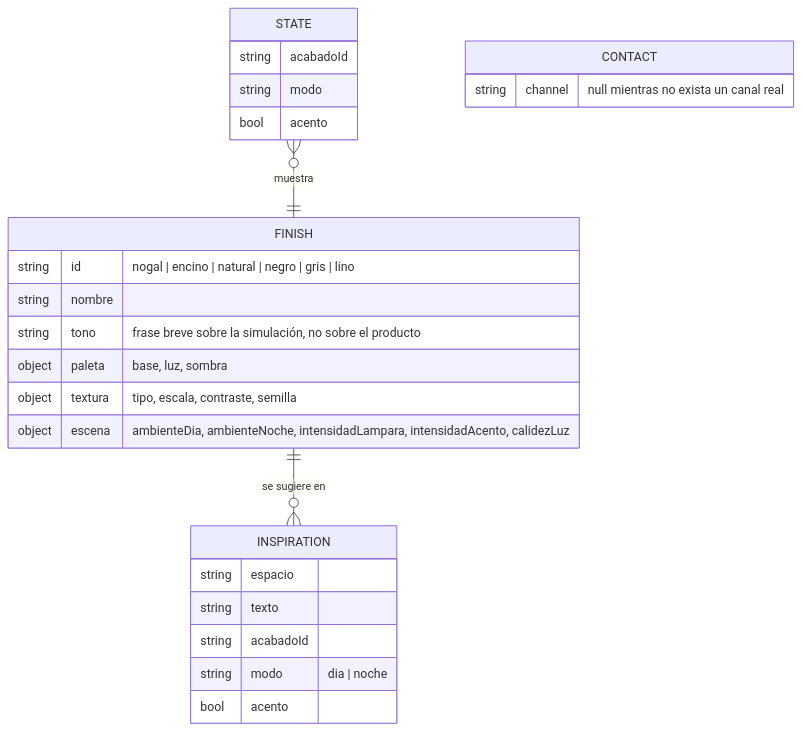
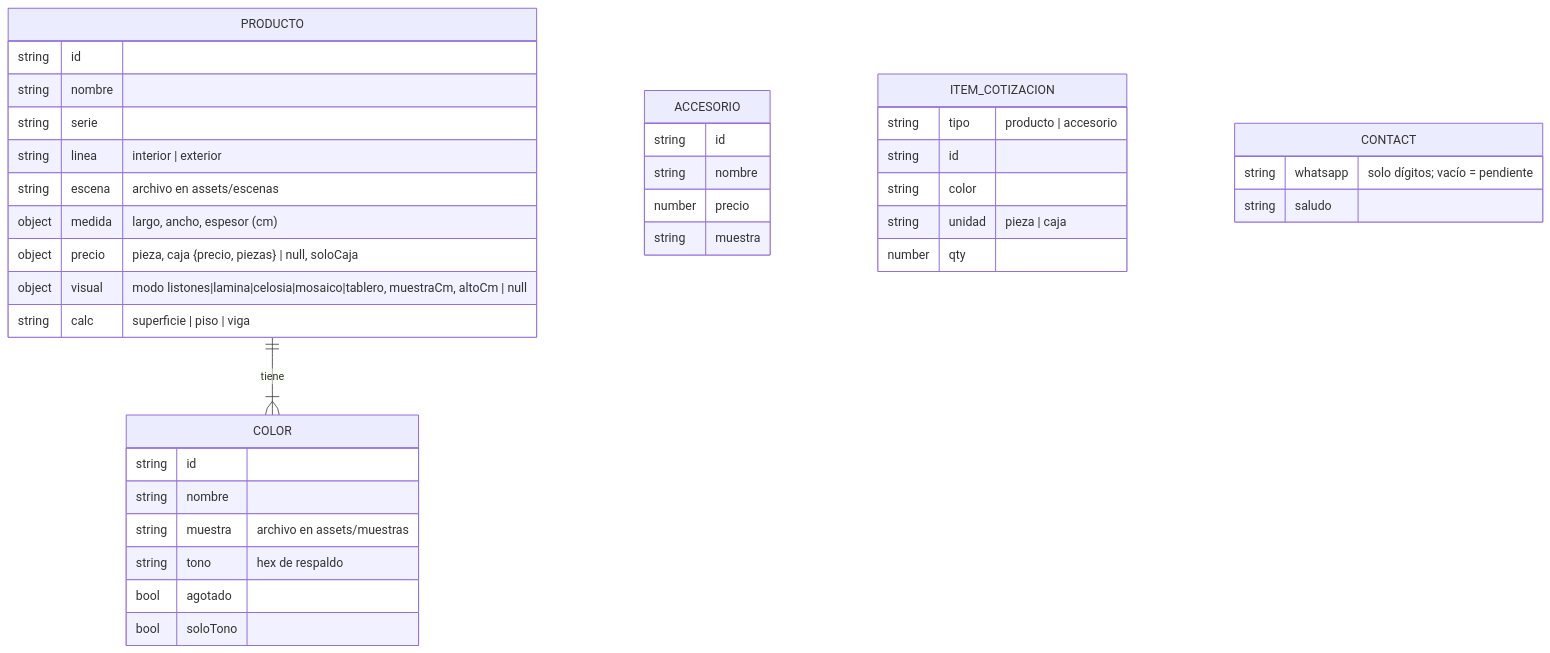
One commit to cafe-orvin/lambrin-landing changed the diagram in blueprints/_sistema/03-modelo-datos.md. Above: the diagram before and after it, drawn with Mermaid. The commit also changed other lines of this file and 9 other files, not shown here.

````diff
--- a/blueprints/_sistema/03-modelo-datos.md
+++ b/blueprints/_sistema/03-modelo-datos.md
@@ -6,28 +6,32 @@
 ```mermaid
 erDiagram
-  FINISH ||--o{ INSPIRATION : "se sugiere en"
-  STATE }o--|| FINISH : "muestra"
-  FINISH {
-    string id "nogal | encino | natural | negro | gris | lino"
+  PRODUCTO ||--|{ COLOR : tiene
+  PRODUCTO {
+    string id
     string nombre
-    string tono "frase breve sobre la simulación, no sobre el producto"
-    object paleta "base, luz, sombra"
-    object textura "tipo, escala, contraste, semilla"
-    object escena "ambienteDia, ambienteNoche, intensidadLampara, intensidadAcento, calidezLuz"
+    string serie
+    string linea "interior | exterior"
+    string escena "archivo en assets/escenas"
+    object medida "largo, ancho, espesor (cm)"
+    object precio "pieza, caja {precio, piezas} | null, soloCaja"
+    object visual "modo listones|lamina|celosia|mosaico|tablero, muestraCm, altoCm | null"
+    string calc "superficie | piso | viga"
   }
-  INSPIRATION {
-    string espacio
-    string texto
-    string acabadoId
-    string modo "dia | noche"
-    bool acento
+  COLOR {
+    string id
+    string nombre
+    string muestra "archivo en assets/muestras"
+    string tono "hex de respaldo"
+    bool agotado
+    bool soloTono
   }
-  STATE {
-    string acabadoId
-    string modo
-    bool acento
+  ACCESORIO { string id  string nombre  number precio  string muestra }
+  ITEM_COTIZACION {
+    string tipo "producto | accesorio"
+    string id
+    string color
+    string unidad "pieza | caja"
+    number qty
   }
-  CONTACT {
-    string channel "null mientras no exista un canal real"
-  }
+  CONTACT { string whatsapp "solo dígitos; vacío = pendiente"  string saludo }
 ```
````
